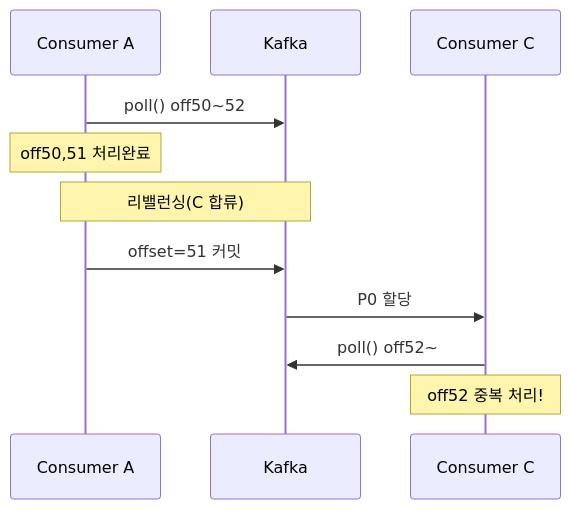
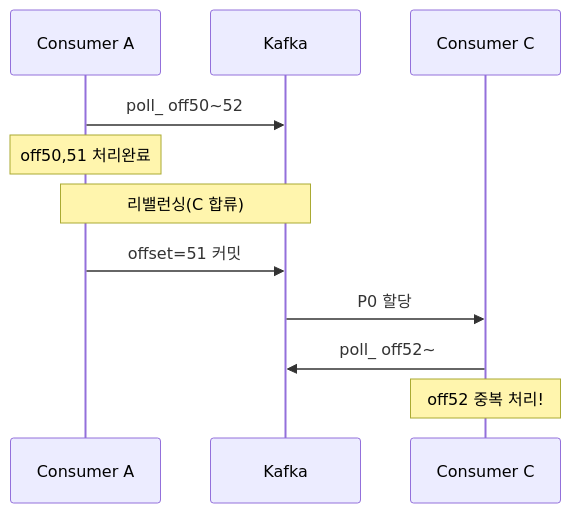
One commit to yjkim2015/yjkim2015.github.io changed the fifth of 21 diagrams in _posts/kafka/2026-05-01-kafka-extreme-scenarios.md. Above: the diagram before and after it, drawn with Mermaid. The commit also changed other lines of this file and 85 other files, not shown here.

First line of the commit message:
sequenceDiagram 문법 에러 2차 수정 169개 (86파일)

````diff
--- a/_posts/kafka/2026-05-01-kafka-extreme-scenarios.md
+++ b/_posts/kafka/2026-05-01-kafka-extreme-scenarios.md
@@ -88,13 +88,13 @@
 ```mermaid
 sequenceDiagram
     participant CA as Consumer A
     participant K as Kafka
     participant CB as Consumer C
-    CA->>K: poll() off50~52
+    CA->>K: poll_ off50~52
     Note over CA: off50,51 처리완료
     Note over CA,K: 리밸런싱(C 합류)
     CA->>K: offset=51 커밋
     K->>CB: P0 할당
-    CB->>K: poll() off52~
+    CB->>K: poll_ off52~
     Note over CB: off52 중복 처리!
 ```
````
